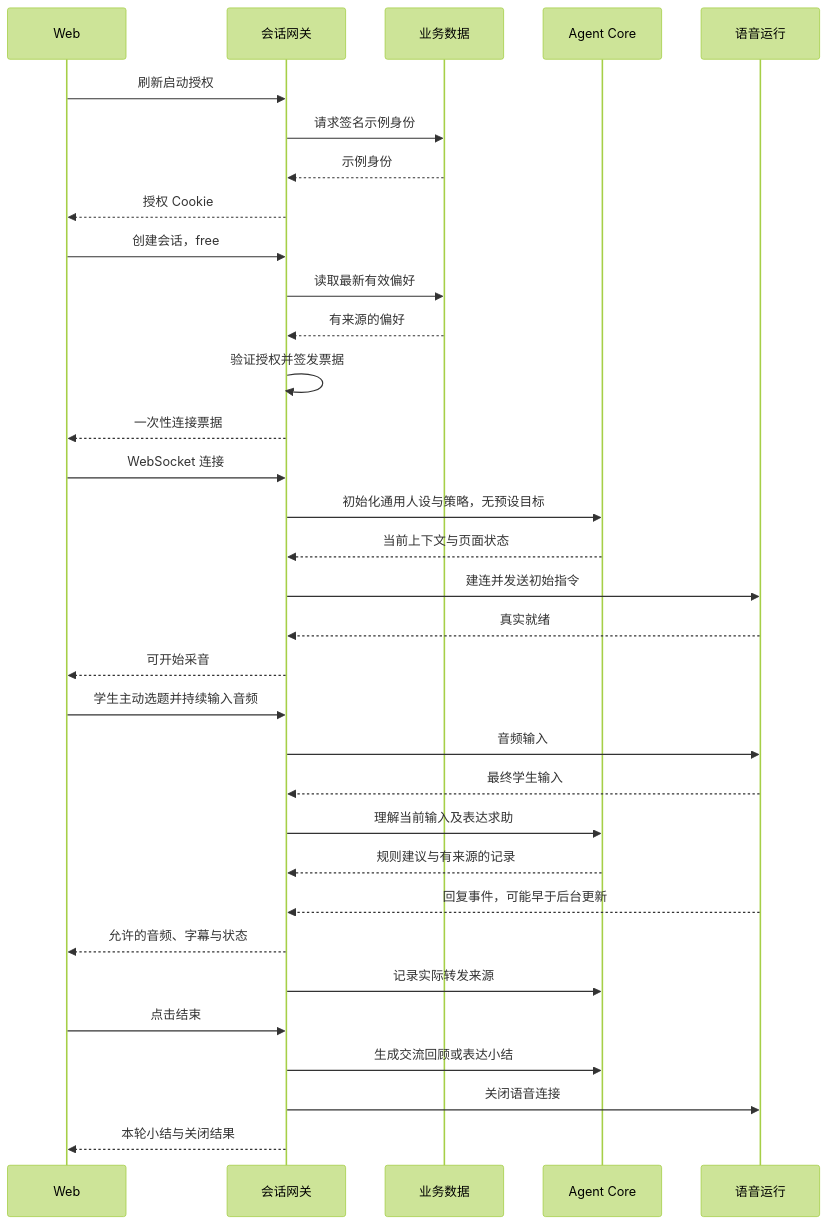
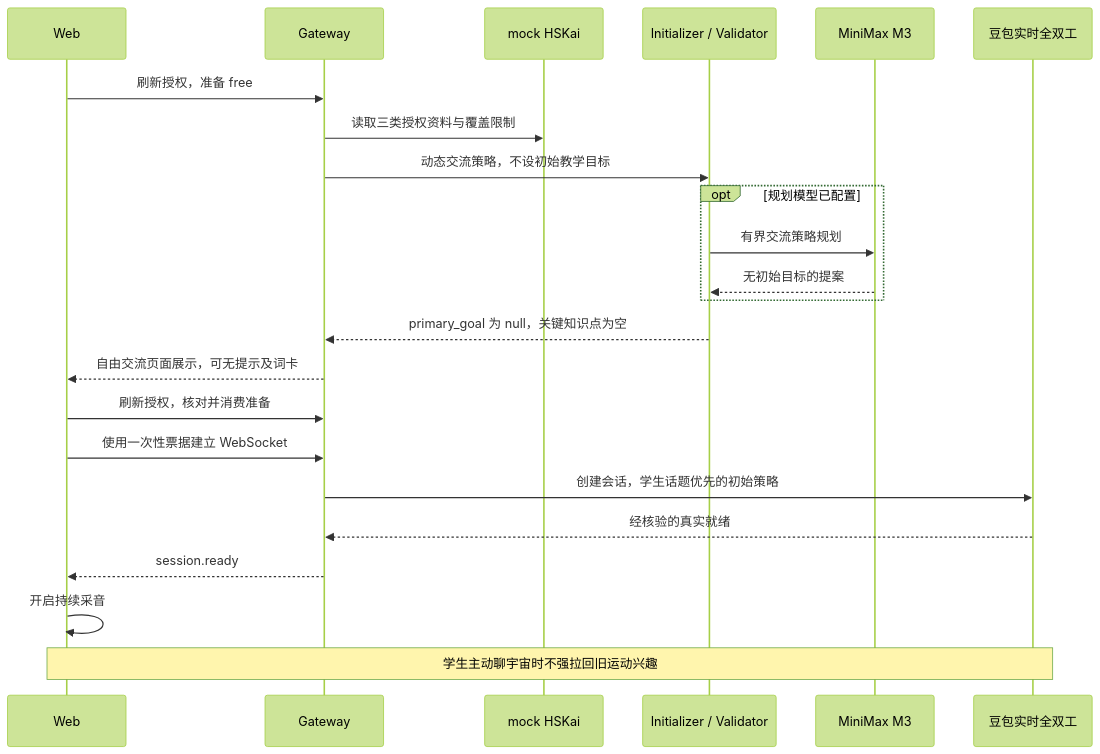
The fourth of 5 diagrams in README.md (yqhuang-cyber/ask-kai), drawn with Mermaid (forest theme) before and after one commit. The commit also changed other lines of this file and 48 other files, not shown here.

First line of the commit message:
feat: add dynamic initialization and MiniMax M3 turn planning

````diff
--- a/README.md
+++ b/README.md
@@ -200,35 +190,25 @@
 ```mermaid
 sequenceDiagram
     participant W as Web
-    participant G as 会话网关
-    participant B as 业务数据
-    participant C as Agent Core
-    participant V as 语音运行
-    W->>G: 刷新启动授权
-    G->>B: 请求签名示例身份
-    B-->>G: 示例身份
-    G-->>W: 授权 Cookie
-    W->>G: 创建会话，free
-    G->>B: 读取最新有效偏好
-    B-->>G: 有来源的偏好
-    G->>G: 验证授权并签发票据
-    G-->>W: 一次性连接票据
-    W->>G: WebSocket 连接
-    G->>C: 初始化通用人设与策略，无预设目标
-    C-->>G: 当前上下文与页面状态
-    G->>V: 建连并发送初始指令
-    V-->>G: 真实就绪
-    G-->>W: 可开始采音
-    W->>G: 学生主动选题并持续输入音频
-    G->>V: 音频输入
-    V-->>G: 最终学生输入
-    G->>C: 理解当前输入及表达求助
-    C-->>G: 规则建议与有来源的记录
-    V-->>G: 回复事件，可能早于后台更新
-    G-->>W: 允许的音频、字幕与状态
-    G->>C: 记录实际转发来源
-    W->>G: 点击结束
-    G->>C: 生成交流回顾或表达小结
-    G->>V: 关闭语音连接
-    G-->>W: 本轮小结与关闭结果
+    participant G as Gateway
+    participant H as mock HSKai
+    participant C as Initializer / Validator
+    participant L as MiniMax M3
+    participant P as 豆包实时全双工
+    W->>G: 刷新授权，准备 free
+    G->>H: 读取三类授权资料与覆盖限制
+    G->>C: 动态交流策略，不设初始教学目标
+    opt 规划模型已配置
+        C->>L: 有界交流策略规划
+        L-->>C: 无初始目标的提案
+    end
+    C-->>G: primary_goal 为 null，关键知识点为空
+    G-->>W: 自由交流页面展示，可无提示及词卡
+    W->>G: 刷新授权，核对并消费准备
+    W->>G: 使用一次性票据建立 WebSocket
+    G->>P: 创建会话，学生话题优先的初始策略
+    P-->>G: 经核验的真实就绪
+    G-->>W: session.ready
+    W->>W: 开启持续采音
+    Note over W,P: 学生主动聊宇宙时不强拉回旧运动兴趣
 ```
````
